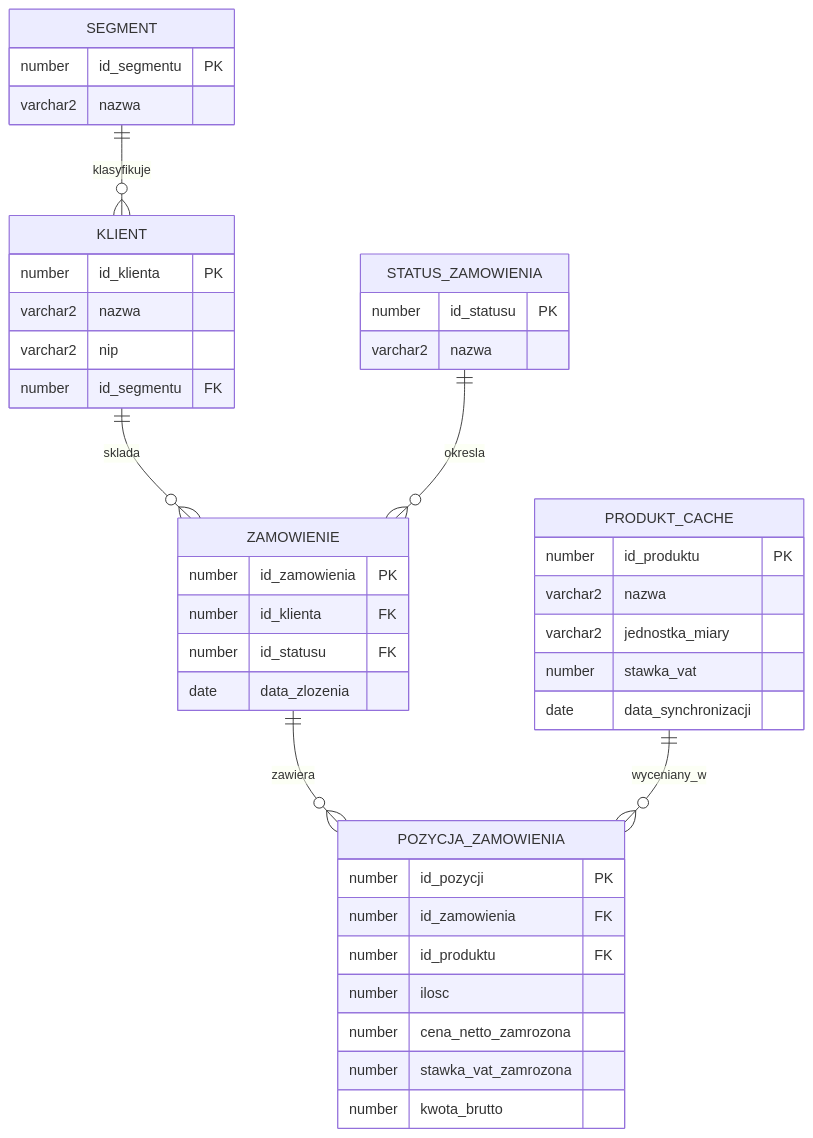
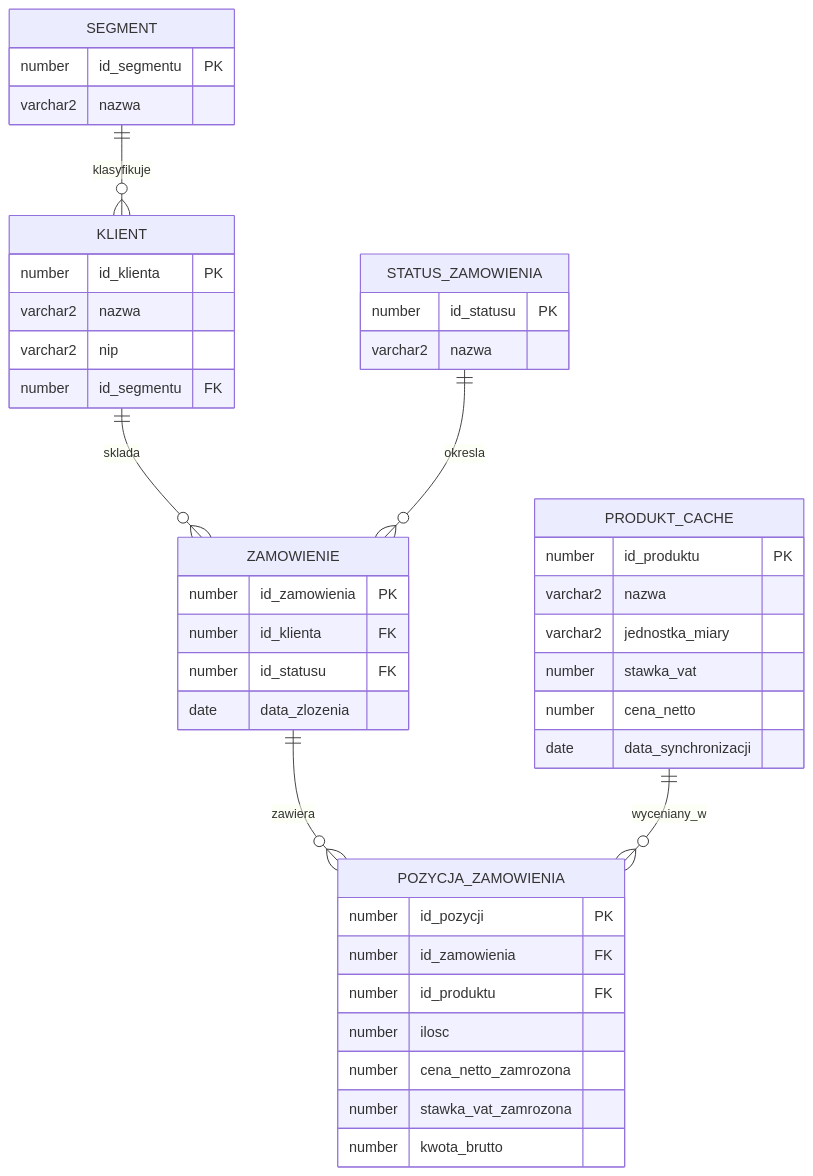
One commit to MattyMroz/Bazy_Danych changed the fourth of 6 diagrams in RBZ/PROJEKT/HiDPPS.md. Above: the diagram before and after it, drawn with Mermaid. The commit also changed other lines of this file, not shown here.

````diff
--- a/RBZ/PROJEKT/HiDPPS.md
+++ b/RBZ/PROJEKT/HiDPPS.md
@@ -212,45 +218,46 @@
 ```mermaid
 erDiagram
     SEGMENT ||--o{ KLIENT : "klasyfikuje"
     KLIENT ||--o{ ZAMOWIENIE : "sklada"
     STATUS_ZAMOWIENIA ||--o{ ZAMOWIENIE : "okresla"
     ZAMOWIENIE ||--o{ POZYCJA_ZAMOWIENIA : "zawiera"
     PRODUKT_CACHE ||--o{ POZYCJA_ZAMOWIENIA : "wyceniany_w"
 
     SEGMENT {
         number id_segmentu PK
         varchar2 nazwa
     }
     KLIENT {
         number id_klienta PK
         varchar2 nazwa
         varchar2 nip
         number id_segmentu FK
     }
     STATUS_ZAMOWIENIA {
         number id_statusu PK
         varchar2 nazwa
     }
     ZAMOWIENIE {
         number id_zamowienia PK
         number id_klienta FK
         number id_statusu FK
         date data_zlozenia
     }
     POZYCJA_ZAMOWIENIA {
         number id_pozycji PK
         number id_zamowienia FK
         number id_produktu FK
         number ilosc
         number cena_netto_zamrozona
         number stawka_vat_zamrozona
         number kwota_brutto
     }
     PRODUKT_CACHE {
         number id_produktu PK
         varchar2 nazwa
         varchar2 jednostka_miary
         number stawka_vat
+        number cena_netto
         date data_synchronizacji
     }
 ```
````
